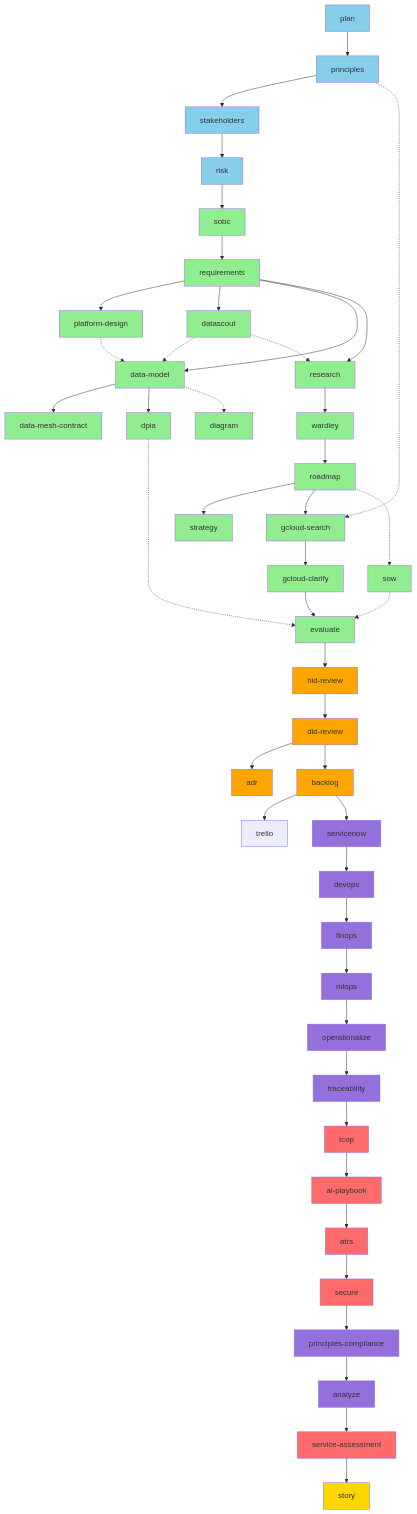
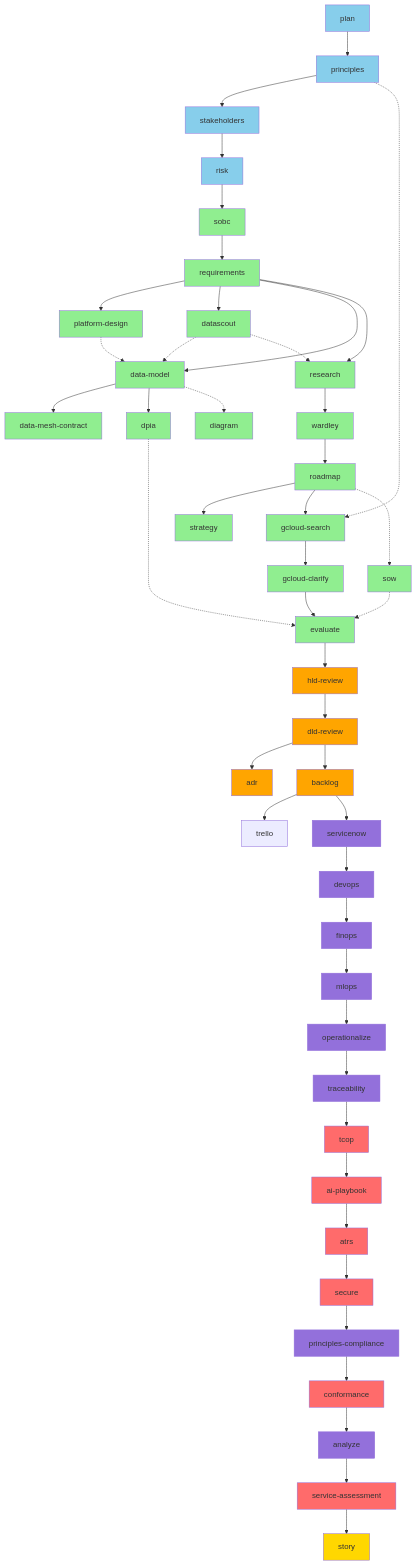
The third of 9 diagrams in WORKFLOW-DIAGRAMS.md (tractorjuice/arc-kit), drawn with Mermaid before and after one commit. The commit also changed other lines of this file and 40 other files, not shown here.

First line of the commit message:
release: v2.9.0 — architecture conformance assessment command (#55)

```diff
--- a/WORKFLOW-DIAGRAMS.md
+++ b/WORKFLOW-DIAGRAMS.md
@@ -283,7 +287,8 @@
     X2 --> X3[atrs]
     X3 --> X4[secure]
     X4 --> X5[principles-compliance]
-    X5 --> Y[analyze]
+    X5 --> X6[conformance]
+    X6 --> Y[analyze]
     Y --> Z[service-assessment]
 
     %% Tier 11: Reporting
@@ -324,6 +329,7 @@
     style X3 fill:#FF6B6B
     style X4 fill:#FF6B6B
     style X5 fill:#9370DB
+    style X6 fill:#FF6B6B
     style Y fill:#9370DB
     style Z fill:#FF6B6B
     style AA fill:#FFD700
```
